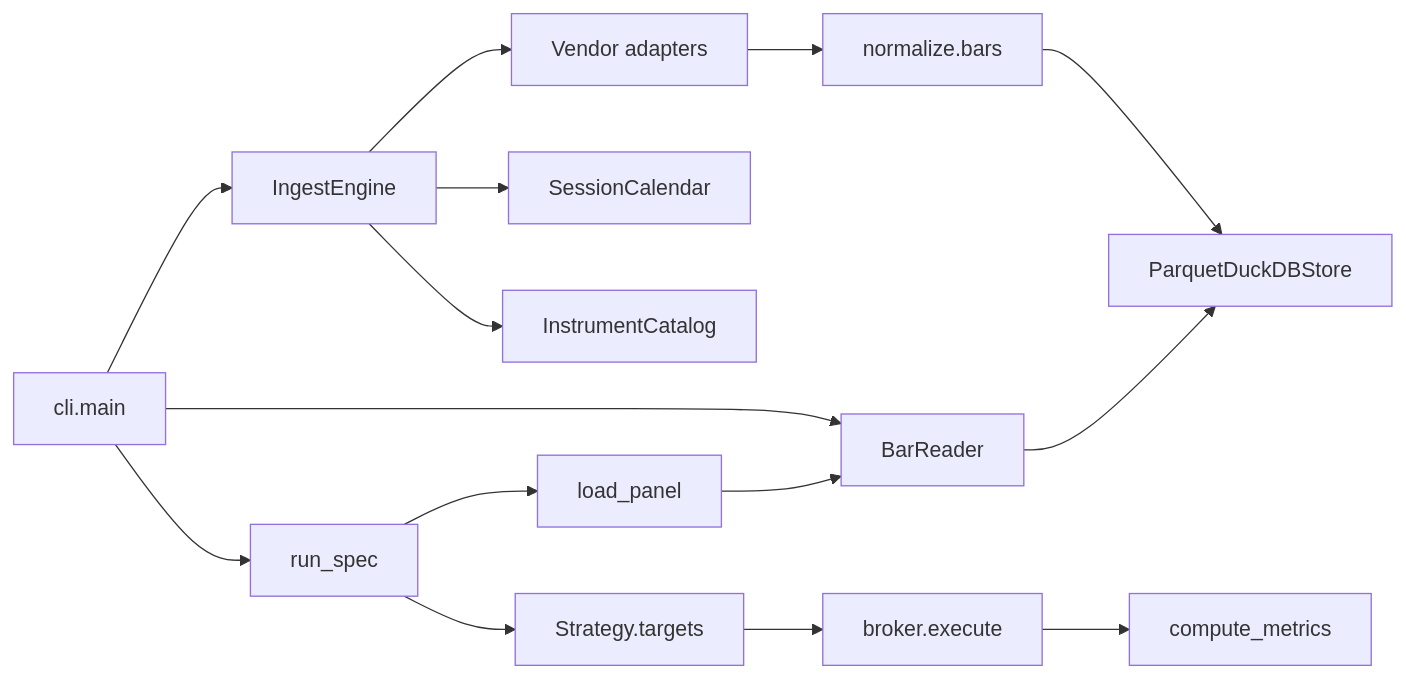
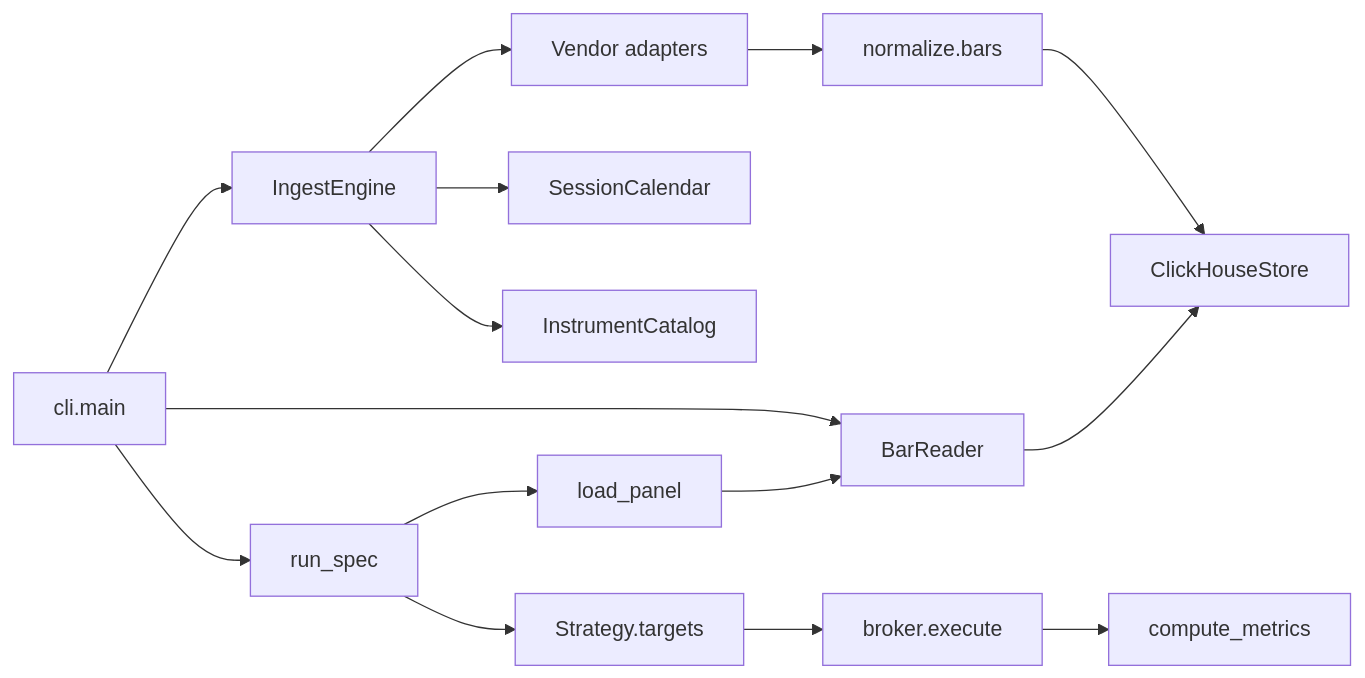
Before and after one commit to shanejms2/backtester: the diagram in docs/ARCHITECTURE.md, drawn with Mermaid. The commit also changed other lines of this file and 46 other files, not shown here.

First line of the commit message:
Move the bar store to ClickHouse and expose a public JSON API.

````diff
--- a/docs/ARCHITECTURE.md
+++ b/docs/ARCHITECTURE.md
@@ -7,17 +7,17 @@
 ```mermaid
 flowchart LR
   CLI["cli.main"] --> Ingest["IngestEngine"]
   CLI --> Reader["BarReader"]
   CLI --> Strat["run_spec"]
   Ingest --> Adapters["Vendor adapters"]
   Adapters --> Norm["normalize.bars"]
-  Norm --> Store["ParquetDuckDBStore"]
+  Norm --> Store["ClickHouseStore"]
   Ingest --> Cal["SessionCalendar"]
   Ingest --> Cat["InstrumentCatalog"]
   Strat --> Panel["load_panel"]
   Panel --> Reader
   Reader --> Store
   Strat --> Plugins["Strategy.targets"]
   Plugins --> Broker["broker.execute"]
   Broker --> Metrics["compute_metrics"]
 ```
````
